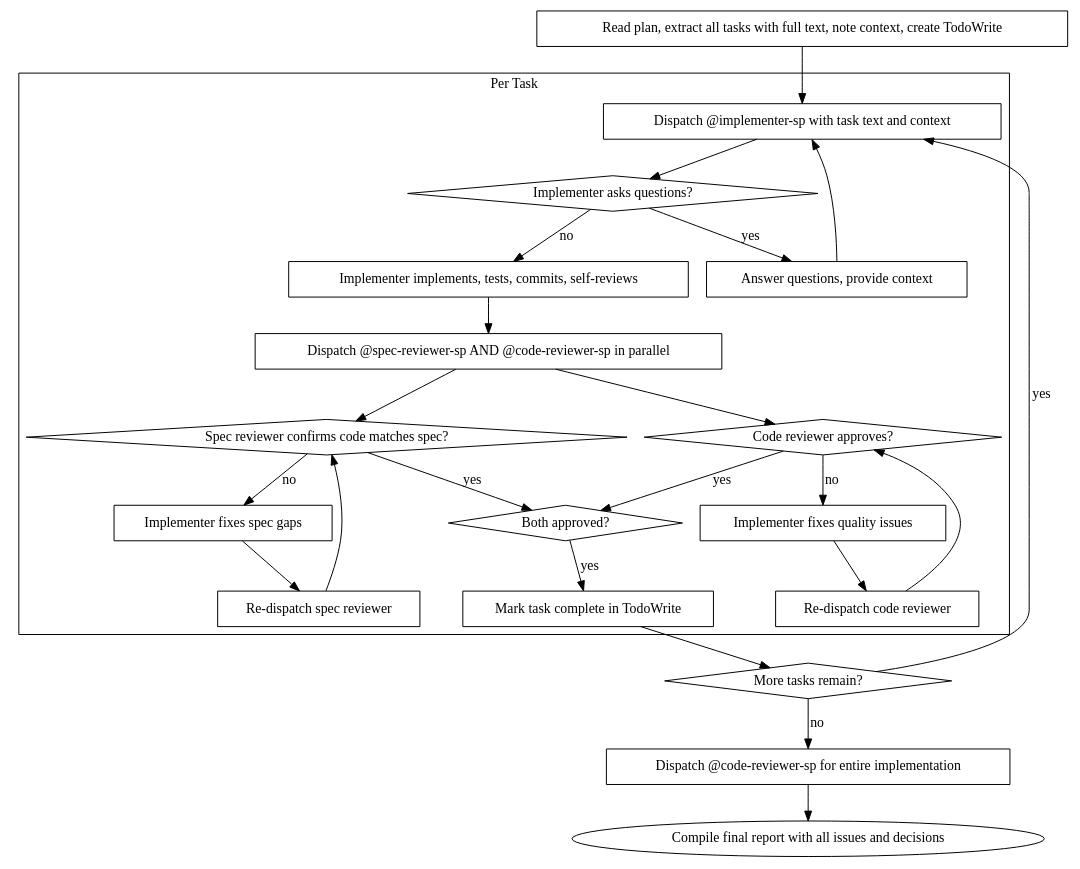
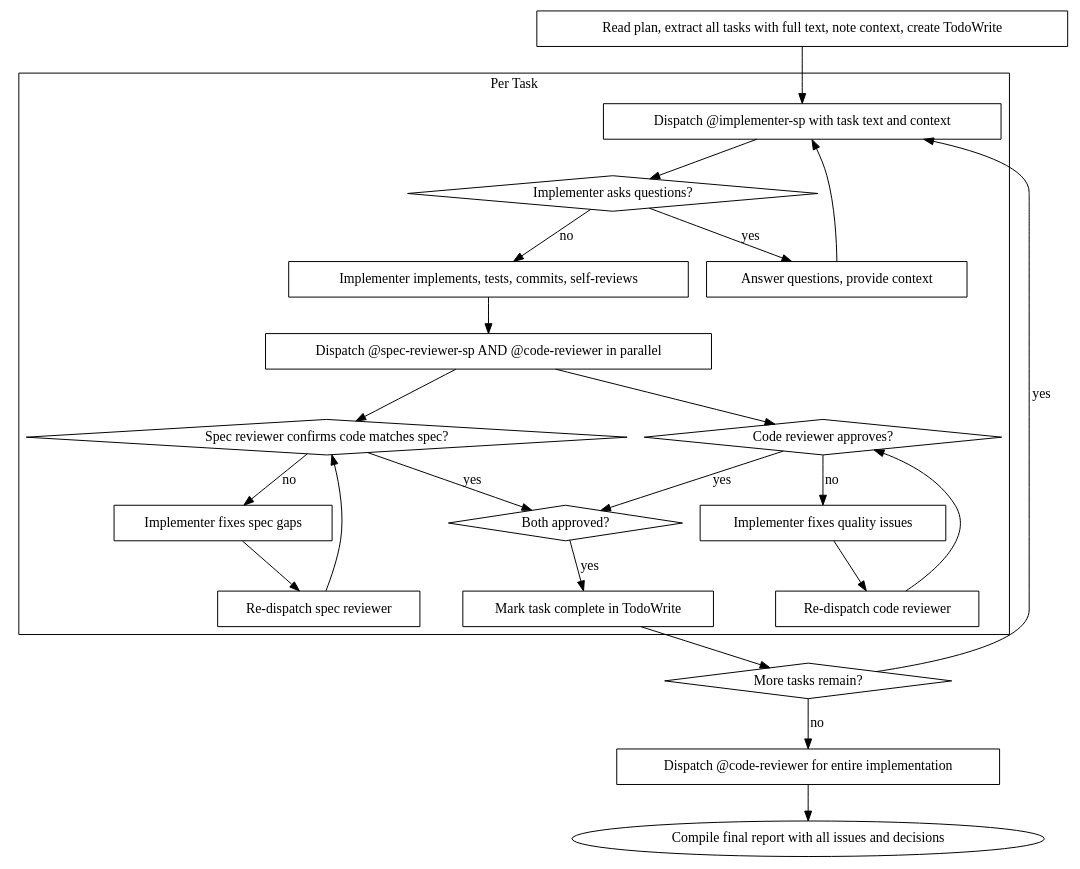
One commit to sonnyiosa/superpowers changed the second of 2 diagrams in skills/subagent-driven-development/SKILL.md. Above: the diagram before and after it, drawn with Graphviz. The commit also changed other lines of this file and 12 other files, not shown here.

````diff
--- a/skills/subagent-driven-development/SKILL.md
+++ b/skills/subagent-driven-development/SKILL.md
@@ -42,49 +42,49 @@
 ```dot
 digraph process {
     rankdir=TB;
 
     subgraph cluster_per_task {
         label="Per Task";
         "Dispatch @implementer-sp with task text and context" [shape=box];
         "Implementer asks questions?" [shape=diamond];
         "Answer questions, provide context" [shape=box];
         "Implementer implements, tests, commits, self-reviews" [shape=box];
-        "Dispatch @spec-reviewer-sp AND @code-reviewer-sp in parallel" [shape=box];
+        "Dispatch @spec-reviewer-sp AND @code-reviewer in parallel" [shape=box];
         "Spec reviewer confirms code matches spec?" [shape=diamond];
         "Implementer fixes spec gaps" [shape=box];
         "Re-dispatch spec reviewer" [shape=box];
         "Code reviewer approves?" [shape=diamond];
         "Implementer fixes quality issues" [shape=box];
         "Re-dispatch code reviewer" [shape=box];
         "Both approved?" [shape=diamond];
         "Mark task complete in TodoWrite" [shape=box];
     }
 
     "Read plan, extract all tasks with full text, note context, create TodoWrite" [shape=box];
     "More tasks remain?" [shape=diamond];
-    "Dispatch @code-reviewer-sp for entire implementation" [shape=box];
+    "Dispatch @code-reviewer for entire implementation" [shape=box];
 
     "Read plan, extract all tasks with full text, note context, create TodoWrite" -> "Dispatch @implementer-sp with task text and context";
     "Dispatch @implementer-sp with task text and context" -> "Implementer asks questions?";
     "Implementer asks questions?" -> "Answer questions, provide context" [label="yes"];
     "Answer questions, provide context" -> "Dispatch @implementer-sp with task text and context";
     "Implementer asks questions?" -> "Implementer implements, tests, commits, self-reviews" [label="no"];
-    "Implementer implements, tests, commits, self-reviews" -> "Dispatch @spec-reviewer-sp AND @code-reviewer-sp in parallel";
-    "Dispatch @spec-reviewer-sp AND @code-reviewer-sp in parallel" -> "Spec reviewer confirms code matches spec?";
-    "Dispatch @spec-reviewer-sp AND @code-reviewer-sp in parallel" -> "Code reviewer approves?";
+    "Implementer implements, tests, commits, self-reviews" -> "Dispatch @spec-reviewer-sp AND @code-reviewer in parallel";
+    "Dispatch @spec-reviewer-sp AND @code-reviewer in parallel" -> "Spec reviewer confirms code matches spec?";
+    "Dispatch @spec-reviewer-sp AND @code-reviewer in parallel" -> "Code reviewer approves?";
     "Spec reviewer confirms code matches spec?" -> "Implementer fixes spec gaps" [label="no"];
     "Implementer fixes spec gaps" -> "Re-dispatch spec reviewer";
     "Re-dispatch spec reviewer" -> "Spec reviewer confirms code matches spec?";
     "Code reviewer approves?" -> "Implementer fixes quality issues" [label="no"];
     "Implementer fixes quality issues" -> "Re-dispatch code reviewer";
     "Re-dispatch code reviewer" -> "Code reviewer approves?";
     "Spec reviewer confirms code matches spec?" -> "Both approved?" [label="yes"];
     "Code reviewer approves?" -> "Both approved?" [label="yes"];
     "Both approved?" -> "Mark task complete in TodoWrite" [label="yes"];
     "Mark task complete in TodoWrite" -> "More tasks remain?";
     "More tasks remain?" -> "Dispatch @implementer-sp with task text and context" [label="yes"];
-    "More tasks remain?" -> "Dispatch @code-reviewer-sp for entire implementation" [label="no"];
-    "Dispatch @code-reviewer-sp for entire implementation" -> "Compile final report with all issues and decisions";
+    "More tasks remain?" -> "Dispatch @code-reviewer for entire implementation" [label="no"];
+    "Dispatch @code-reviewer for entire implementation" -> "Compile final report with all issues and decisions";
     "Compile final report with all issues and decisions";
 }
 ```
````
